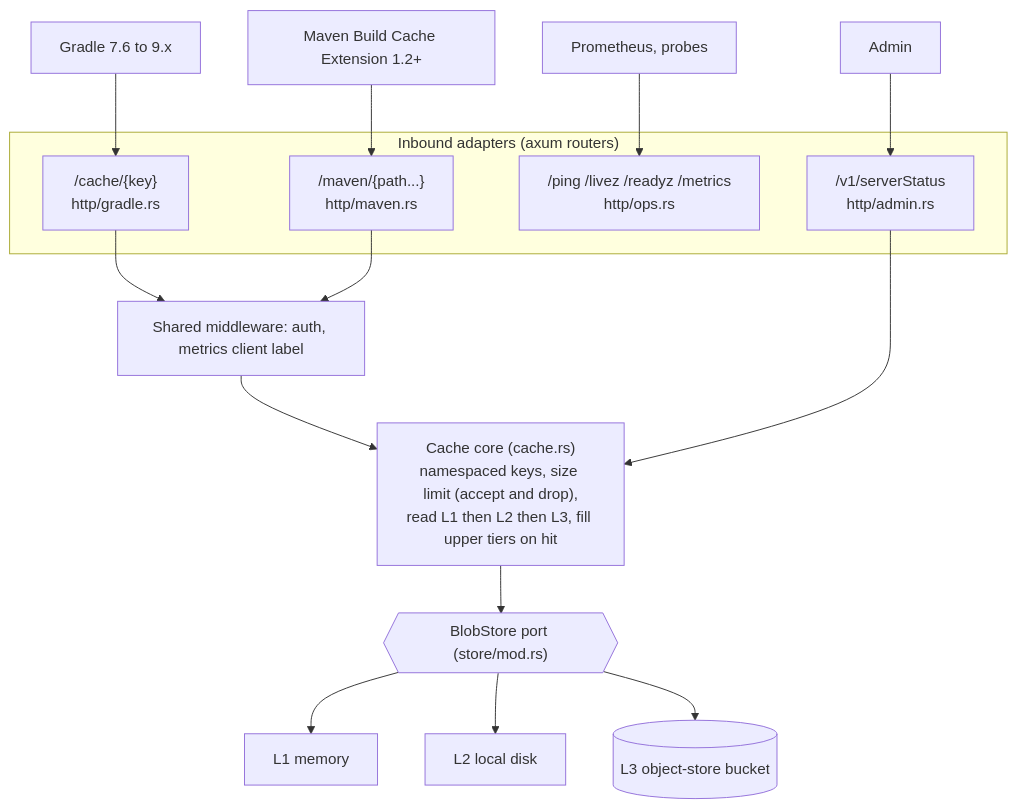
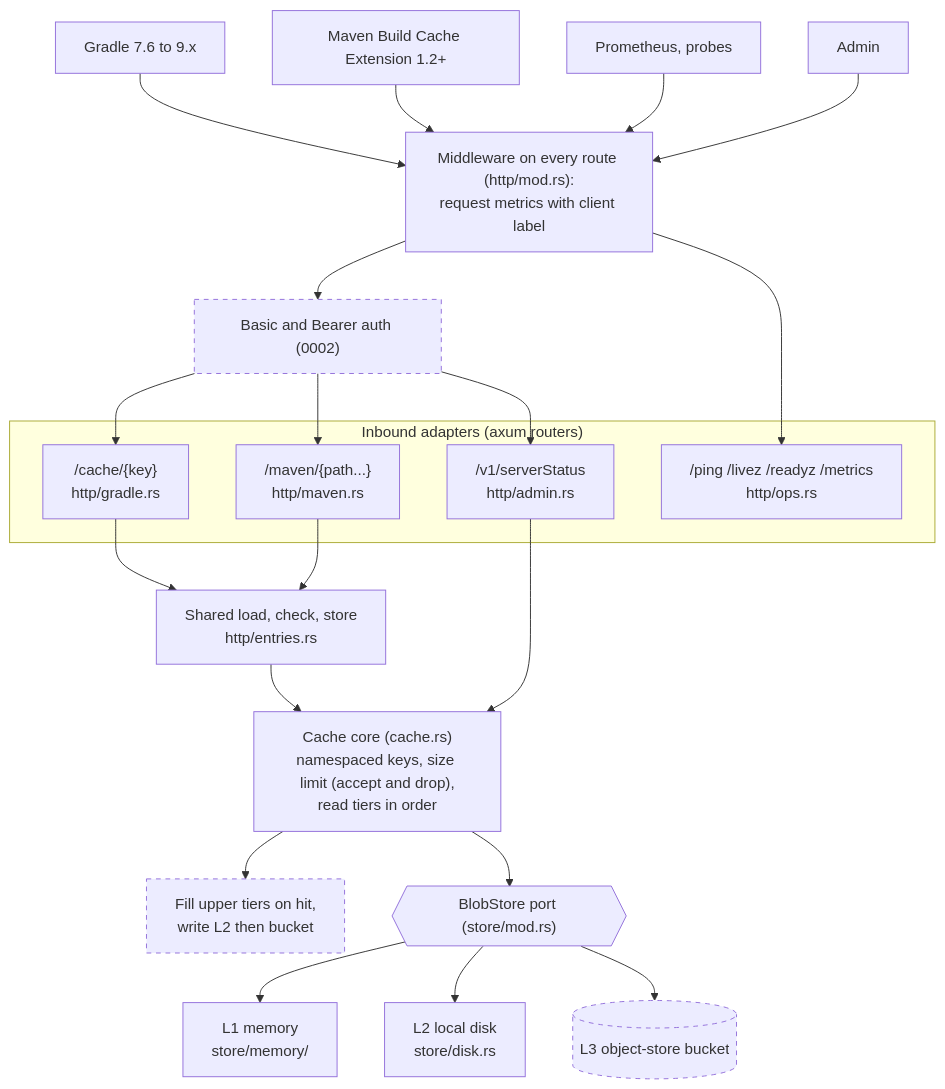
The diagram in docs/design/0008-supported-clients.md (nevzheng/mammoth-cache), drawn with Mermaid before and after one commit. The commit also changed other lines of this file and 1 other file, not shown here.

Commit message:
docs(design): match 0003 and 0008 diagrams to what is built
Add an implementation status section to 0003 with a diagram of what the
binary runs today, mark planned parts of the code-structure and
request-flow diagrams as dashed, and correct details that drifted: L1
eviction policy, entry metadata, warm L2 index, object_store choice and
how a checksum mismatch reaches the client.

Claude-Session: https://claude.ai/code/session_018JjJswgu7WYGZ1n8BDxaN9

````diff
--- a/docs/design/0008-supported-clients.md
+++ b/docs/design/0008-supported-clients.md
@@ -74,31 +74,42 @@
 ```mermaid
 flowchart TB
     gradle["Gradle 7.6 to 9.x"]
     maven["Maven Build Cache Extension 1.2+"]
     ops["Prometheus, probes"]
     admin["Admin"]
+    mw["Middleware on every route (http/mod.rs):<br/>request metrics with client label"]
+    auth["Basic and Bearer auth (0002)"]
     subgraph inbound["Inbound adapters (axum routers)"]
         rcache["/cache/{key}<br/>http/gradle.rs"]
         rmaven["/maven/{path...}<br/>http/maven.rs"]
         rops["/ping /livez /readyz /metrics<br/>http/ops.rs"]
         radmin["/v1/serverStatus<br/>http/admin.rs"]
     end
-    mw["Shared middleware: auth, metrics client label"]
-    core["Cache core (cache.rs)<br/>namespaced keys, size limit (accept and drop),<br/>read L1 then L2 then L3, fill upper tiers on hit"]
+    entries["Shared load, check, store<br/>http/entries.rs"]
+    core["Cache core (cache.rs)<br/>namespaced keys, size limit (accept and drop),<br/>read tiers in order"]
+    fill["Fill upper tiers on hit,<br/>write L2 then bucket"]
     port{{"BlobStore port (store/mod.rs)"}}
-    l1["L1 memory"]
-    l2["L2 local disk"]
+    l1["L1 memory<br/>store/memory/"]
+    l2["L2 local disk<br/>store/disk.rs"]
     l3[("L3 object-store bucket")]
-    gradle --> rcache
-    maven --> rmaven
-    ops --> rops
-    admin --> radmin
-    rcache --> mw
-    rmaven --> mw
-    mw --> core
+    gradle --> mw
+    maven --> mw
+    ops --> mw
+    admin --> mw
+    mw --> auth
+    auth --> rcache
+    auth --> rmaven
+    auth --> radmin
+    mw --> rops
+    rcache --> entries
+    rmaven --> entries
+    entries --> core
     radmin --> core
+    core --> fill
     core --> port
     port --> l1
     port --> l2
     port --> l3
+    classDef planned stroke-dasharray: 5 5
+    class auth,fill,l3 planned
 ```
````
